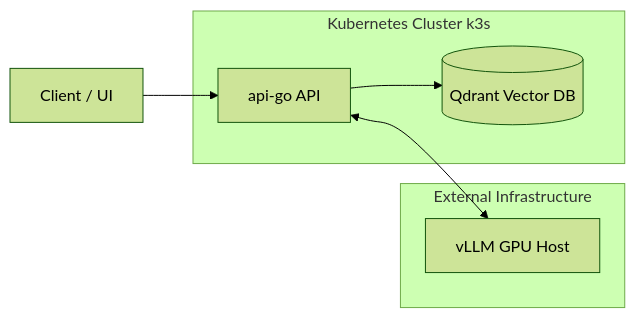
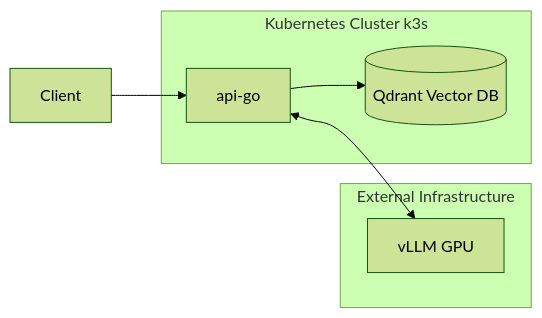
Before and after one commit to Kirill140992/ai-inference-platform: the diagram in docs/architecture.md, drawn with Mermaid (forest theme).

Commit message:
fix diagramm arch

````diff
--- a/docs/architecture.md
+++ b/docs/architecture.md
@@ -9,15 +9,15 @@
 ```mermaid
 flowchart LR
-    Client[  Client / UI  ] --> API[  api-go API  ]
+    Client[  Client   ] --> API[  api-go  ]
     API --> Qdrant[(  Qdrant Vector DB  )]
-    API <--> vLLM[  vLLM GPU Host  ]
+    API <--> vLLM[  vLLM GPU  ]
 
     subgraph k8s [  Kubernetes Cluster k3s  ]
     API
     Qdrant
     end
 
     subgraph ext [  External Infrastructure  ]
     vLLM
     end
 ```
````
